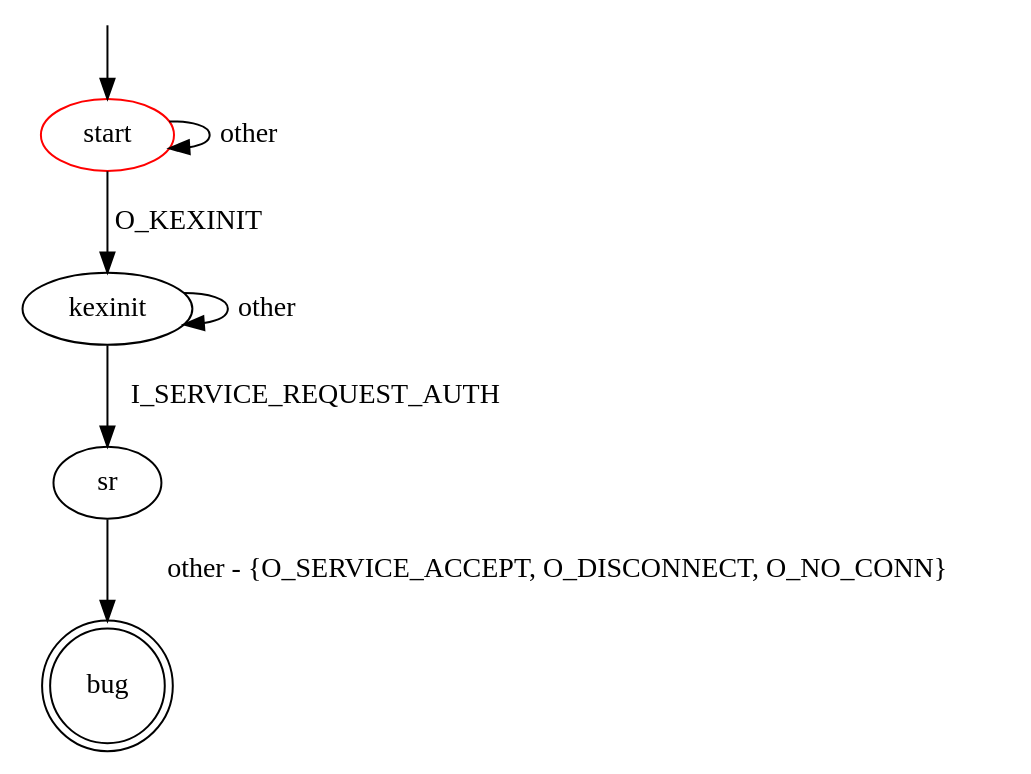
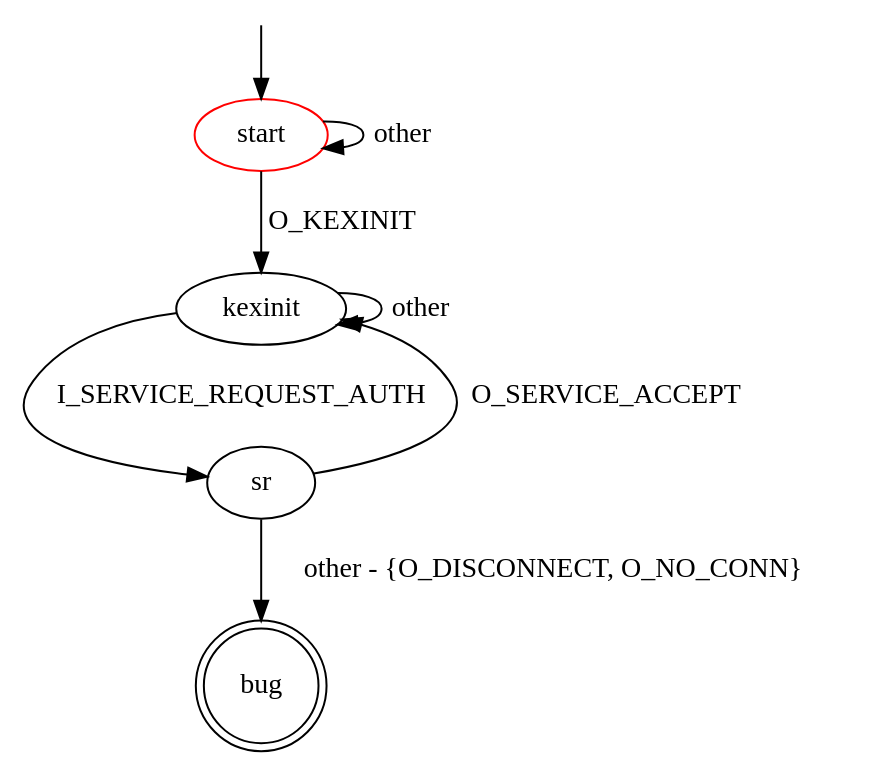
Before and after one commit to assist-project/state-machine-bug-finder: the diagram in src/main/resources/patterns/ssh/invalid_rejection_response.dot, drawn with Graphviz. The commit also changed 2 other files, not shown here.

Commit message:
Fixed bugs in bug patterns

```diff
--- a/src/main/resources/patterns/ssh/invalid_rejection_response.dot
+++ b/src/main/resources/patterns/ssh/invalid_rejection_response.dot
@@ -1,15 +1,16 @@
 digraph G {
 label=""
 start [color="red"]
 bug [shape="doublecircle"]
 
 start -> kexinit [label="O_KEXINIT"]
 start -> start [label="other"]
 kexinit -> sr [label="I_SERVICE_REQUEST_AUTH"]
 kexinit -> kexinit [label="other"]
-sr -> bug [label="other - {O_SERVICE_ACCEPT, O_DISCONNECT, O_NO_CONN}"]
+sr -> bug [label="other - {O_DISCONNECT, O_NO_CONN}"]
+sr -> kexinit [label="O_SERVICE_ACCEPT"]
 
 
 __start0 [label="" shape="none" width="0" height="0"];
 __start0 -> start;
 }
```
